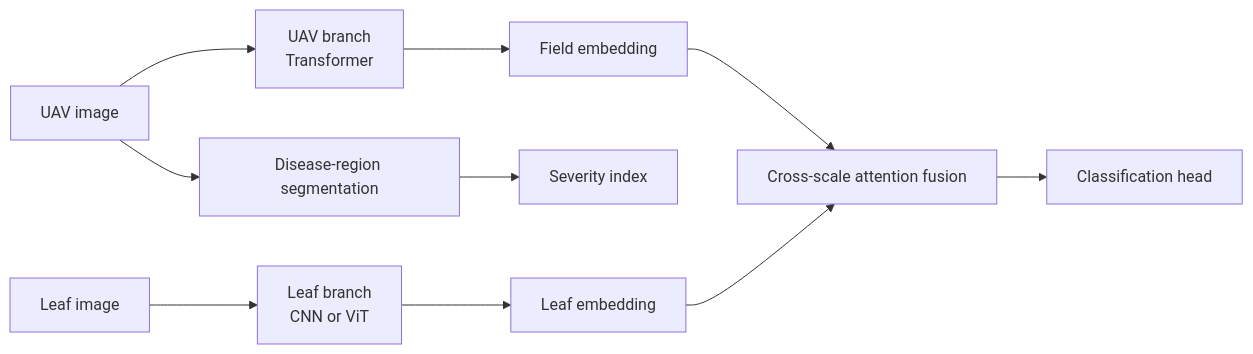
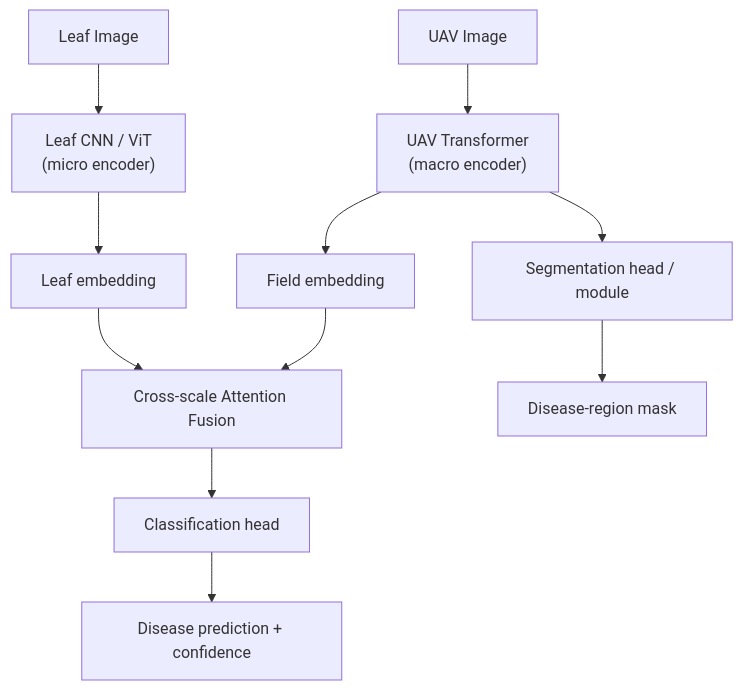
Before and after one commit to keshavsukhija9/CropDiseaseXAI_Azure_Cloud_Project_2026: the third of 11 diagrams in ARCHITECTURE.md, drawn with Mermaid. The commit also changed other lines of this file, not shown here.

Commit message:
Updated Architecture of project

````diff
--- a/ARCHITECTURE.md
+++ b/ARCHITECTURE.md
@@ -210,9 +233,17 @@
 ```mermaid
-flowchart LR
-    U["UAV image"] --> UB["UAV branch<br/>Transformer"] --> UE["Field embedding"]
-    LI["Leaf image"] --> LB["Leaf branch<br/>CNN or ViT"] --> LE["Leaf embedding"]
-    UE --> CA["Cross-scale attention fusion"]
+flowchart TD
+    UI["UAV Image"] --> UT["UAV Transformer<br/>(macro encoder)"]
+    UT --> FE["Field embedding"]
+
+    LI["Leaf Image"] --> LC["Leaf CNN / ViT<br/>(micro encoder)"]
+    LC --> LE["Leaf embedding"]
+
+    FE --> CA["Cross-scale Attention Fusion"]
     LE --> CA
-    CA --> H["Classification head"]
-    U --> SEG["Disease-region segmentation"] --> SEV["Severity index"]
+
+    CA --> CH["Classification head"]
+    CH --> OUT["Disease prediction + confidence"]
+
+    UT --> SEG["Segmentation head / module"]
+    SEG --> MASK["Disease-region mask"]
 ```
````
